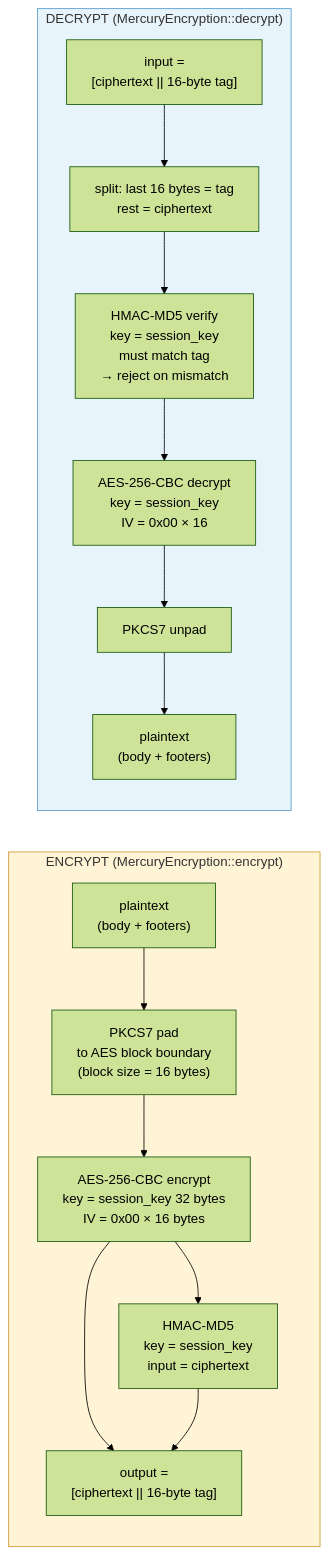
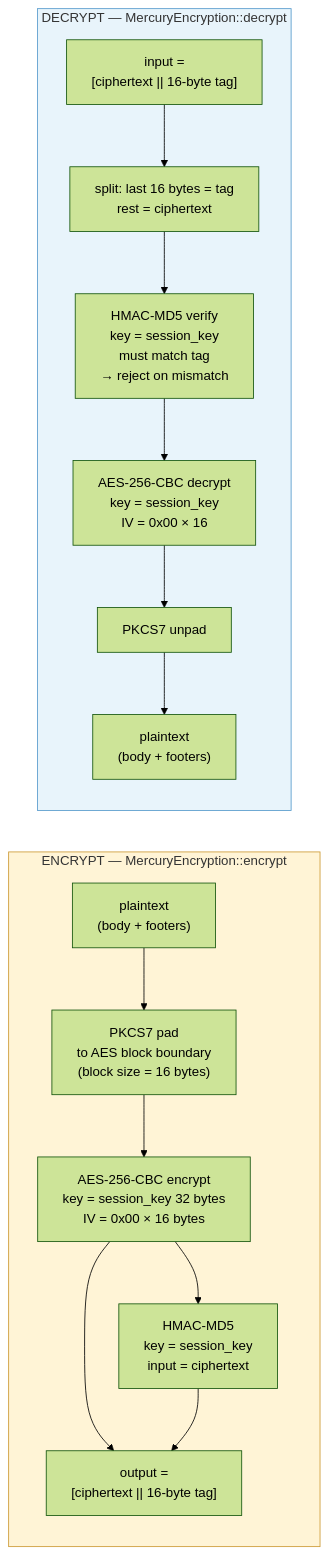
One commit to SandboxServers/Cimmeria changed the diagram in docs/drafts/spec/figures/sources/mercury-12-encryption-pipeline.mmd. Above: the diagram before and after it, drawn with Mermaid (forest theme). The commit also changed 5 other files, not shown here.

```diff
--- a/docs/drafts/spec/figures/sources/mercury-12-encryption-pipeline.mmd
+++ b/docs/drafts/spec/figures/sources/mercury-12-encryption-pipeline.mmd
@@ -1,29 +1,30 @@
+%%{init: {"flowchart": {"htmlLabels": false}}}%%
 flowchart LR
-    subgraph ENC["ENCRYPT  (MercuryEncryption::encrypt)"]
+    subgraph ENC["ENCRYPT — MercuryEncryption::encrypt"]
         direction TB
         E1["plaintext\n(body + footers)"]
         E2["PKCS7 pad\nto AES block boundary\n(block size = 16 bytes)"]
         E3["AES-256-CBC encrypt\nkey = session_key 32 bytes\nIV  = 0x00 × 16 bytes"]
         E4["HMAC-MD5\nkey = session_key\ninput = ciphertext"]
         E5["output =\n[ciphertext || 16-byte tag]"]
 
         E1 --> E2 --> E3
         E3 --> E4
         E3 --> E5
         E4 --> E5
     end
 
-    subgraph DEC["DECRYPT  (MercuryEncryption::decrypt)"]
+    subgraph DEC["DECRYPT — MercuryEncryption::decrypt"]
         direction TB
         D1["input =\n[ciphertext || 16-byte tag]"]
         D2["split: last 16 bytes = tag\nrest = ciphertext"]
         D3["HMAC-MD5 verify\nkey = session_key\nmust match tag\n→ reject on mismatch"]
         D4["AES-256-CBC decrypt\nkey = session_key\nIV  = 0x00 × 16"]
         D5["PKCS7 unpad"]
         D6["plaintext\n(body + footers)"]
 
         D1 --> D2 --> D3 --> D4 --> D5 --> D6
     end
 
     style ENC fill:#fff4d6,stroke:#cc9933
     style DEC fill:#e8f4fb,stroke:#5599cc
```
